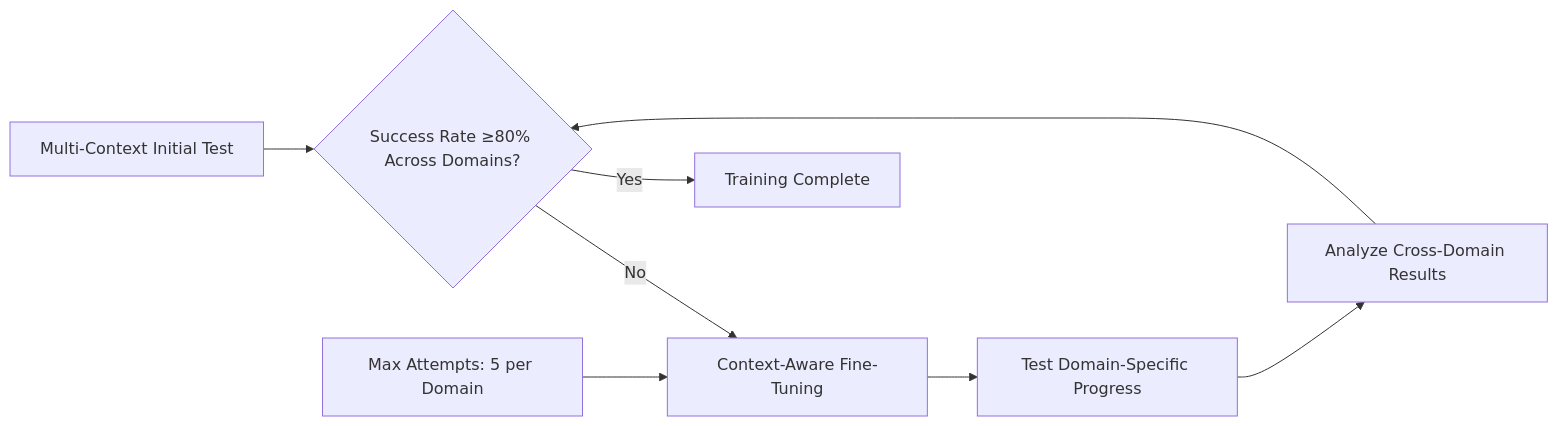
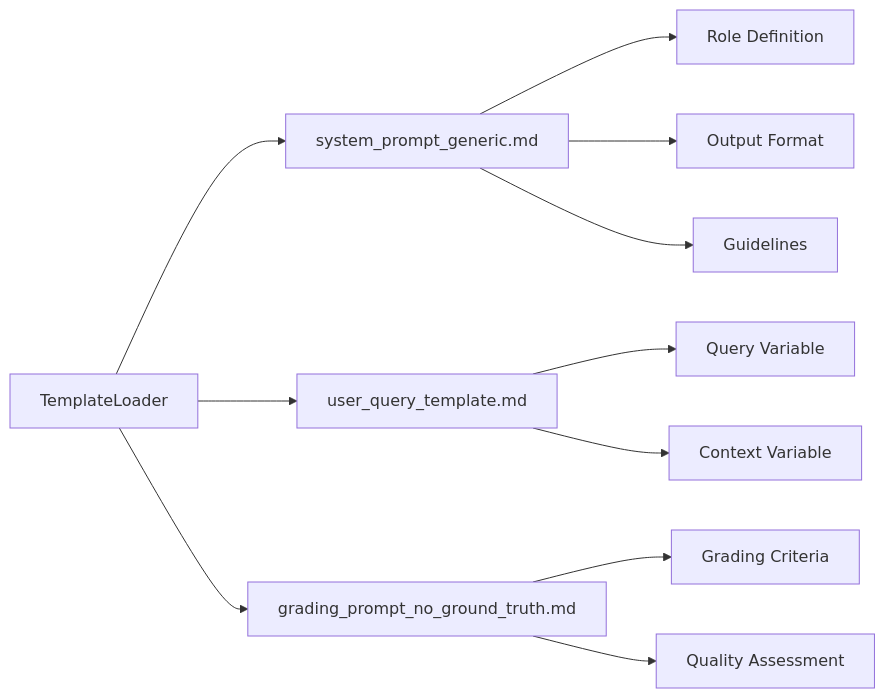
Before and after one commit to Psilocybin2K/qwen-rl: the sixth of 7 diagrams in README.md, drawn with Mermaid. The commit also changed other lines of this file, not shown here.

````diff
--- a/README.md
+++ b/README.md
@@ -429,11 +375,16 @@
 ```mermaid
-flowchart LR
-    A[Multi-Context Initial Test] --> B{Success Rate ≥80% Across Domains?}
-    B -->|No| C[Context-Aware Fine-Tuning]
-    C --> D[Test Domain-Specific Progress]
-    D --> E[Analyze Cross-Domain Results]
-    E --> B
-    B -->|Yes| F[Training Complete]
+graph LR
+    A[TemplateLoader] --> B[system_prompt_generic.md]
+    A --> C[user_query_template.md]
+    A --> D[grading_prompt_no_ground_truth.md]
     
-    G[Max Attempts: 5 per Domain] --> C
+    B --> E[Role Definition]
+    B --> F[Output Format]
+    B --> G[Guidelines]
+    
+    C --> H[Query Variable]
+    C --> I[Context Variable]
+    
+    D --> J[Grading Criteria]
+    D --> K[Quality Assessment]
 ```
````
